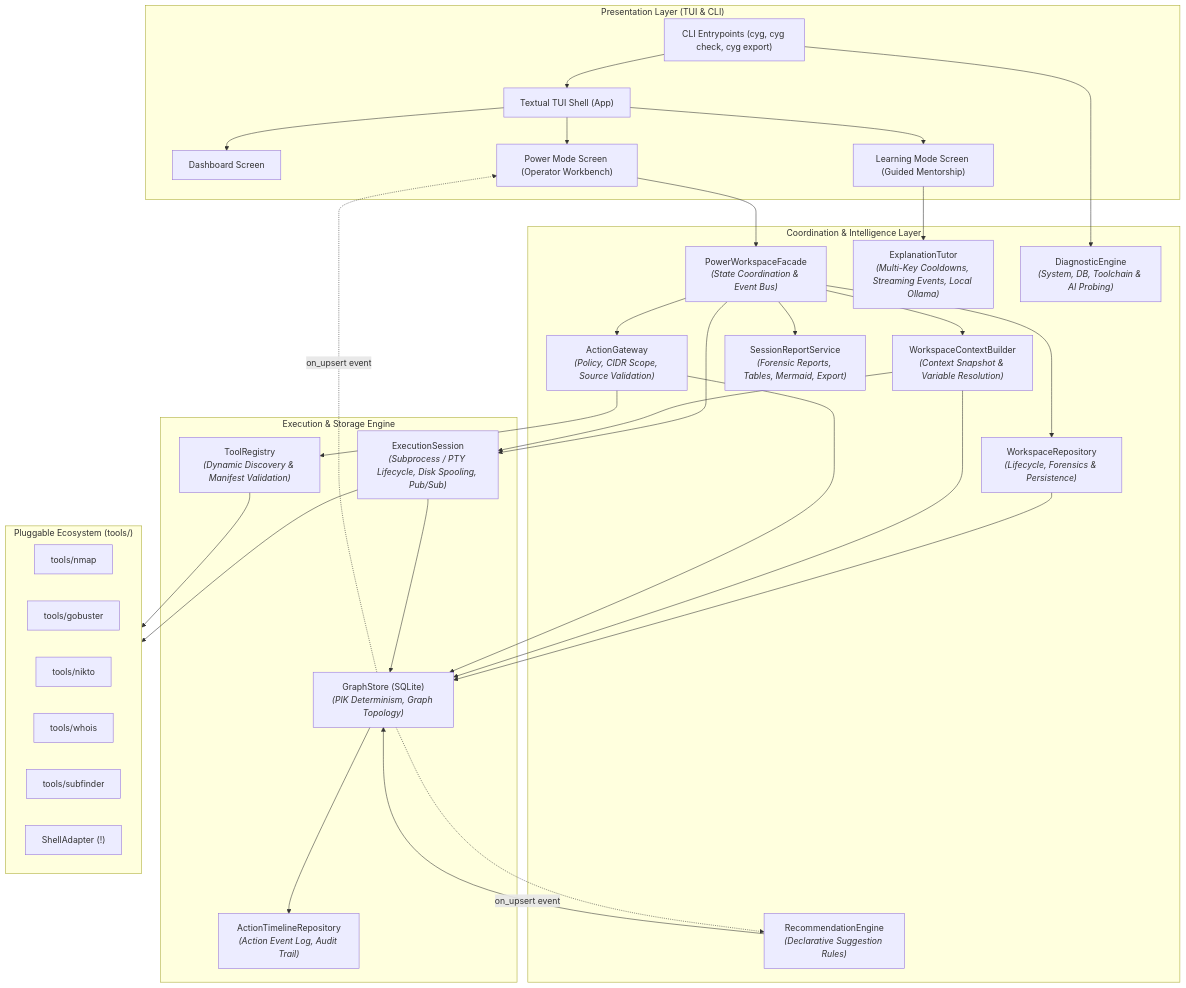
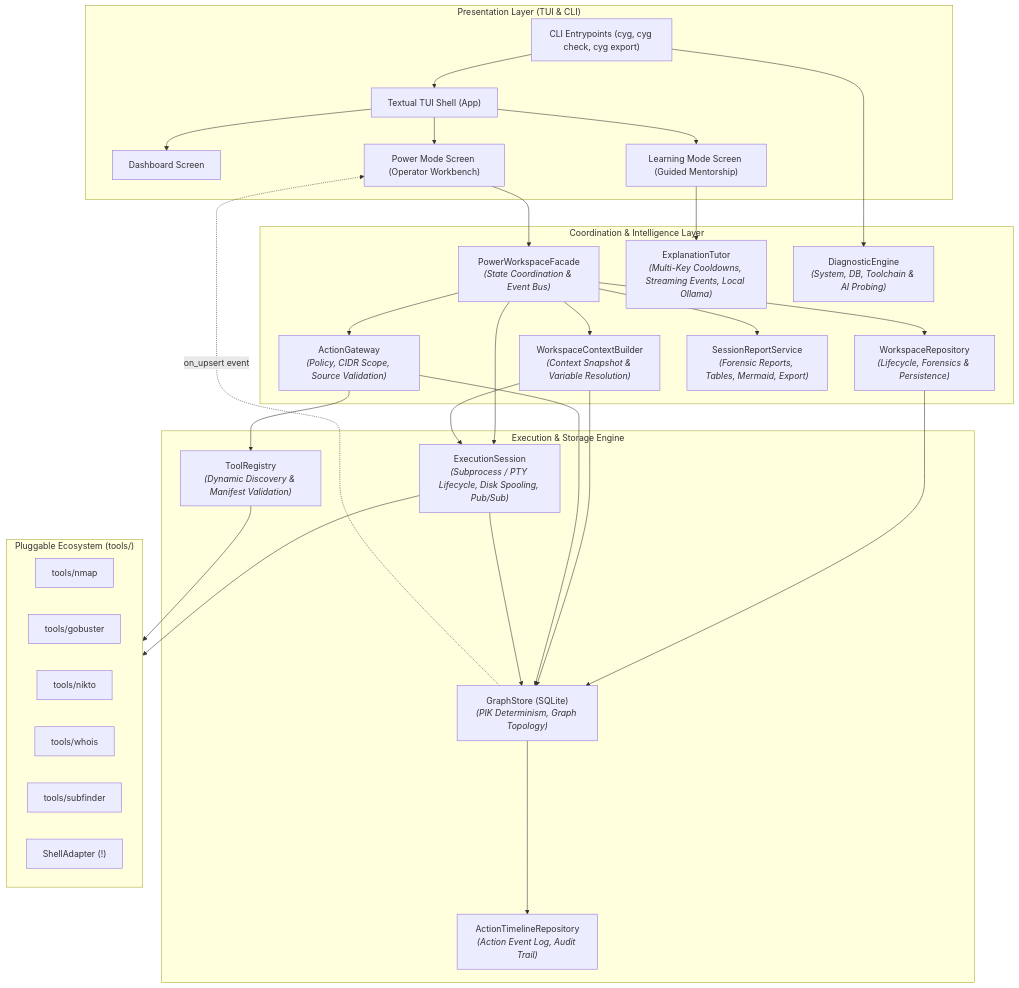
The first of 3 diagrams in docs/developer/ARCHITECTURE.md (h45sh/cyguide), drawn with Mermaid before and after one commit. The commit also changed other lines of this file and 17 other files, not shown here.

Commit message:
refactor(engine): completely remove decommissioned recommendation engine and clean up tests

````diff
--- a/docs/developer/ARCHITECTURE.md
+++ b/docs/developer/ARCHITECTURE.md
@@ -45,66 +45,63 @@
 ```mermaid
 graph TB
     subgraph PresentationLayer["Presentation Layer (TUI & CLI)"]
         CLI["CLI Entrypoints (cyg, cyg check, cyg export)"]
         TUI["Textual TUI Shell (App)"]
         DashScreen["Dashboard Screen"]
         PowerScreen["Power Mode Screen (Operator Workbench)"]
         LearnScreen["Learning Mode Screen (Guided Mentorship)"]
     end
 
     subgraph CoordinationLayer["Coordination & Intelligence Layer"]
         Facade["PowerWorkspaceFacade<br><i>(State Coordination & Event Bus)</i>"]
         Context["WorkspaceContextBuilder<br><i>(Context Snapshot & Variable Resolution)</i>"]
         Workspaces["WorkspaceRepository<br><i>(Lifecycle, Forensics & Persistence)</i>"]
         Gateway["ActionGateway<br><i>(Policy, CIDR Scope, Source Validation)</i>"]
-        RecEngine["RecommendationEngine<br><i>(Declarative Suggestion Rules)</i>"]
         Tutor["ExplanationTutor<br><i>(Multi-Key Cooldowns, Streaming Events, Local Ollama)</i>"]
         Diag["DiagnosticEngine<br><i>(System, DB, Toolchain & AI Probing)</i>"]
         Report["SessionReportService<br><i>(Forensic Reports, Tables, Mermaid, Export)</i>"]
     end
 
     subgraph CoreEngine["Execution & Storage Engine"]
         ExecSession["ExecutionSession<br><i>(Subprocess / PTY Lifecycle, Disk Spooling, Pub/Sub)</i>"]
         Store["GraphStore (SQLite)<br><i>(PIK Determinism, Graph Topology)</i>"]
         Timeline["ActionTimelineRepository<br><i>(Action Event Log, Audit Trail)</i>"]
         Registry["ToolRegistry<br><i>(Dynamic Discovery & Manifest Validation)</i>"]
     end
 
     subgraph PluginLayer["Pluggable Ecosystem (tools/)"]
         Nmap["tools/nmap"]
         Gobuster["tools/gobuster"]
         Nikto["tools/nikto"]
         Whois["tools/whois"]
         Subfinder["tools/subfinder"]
         Shell["ShellAdapter (!)"]
     end
 
     CLI --> TUI
     TUI --> DashScreen
     TUI --> PowerScreen
     TUI --> LearnScreen
 
     PowerScreen --> Facade
     LearnScreen --> Tutor
     CLI --> Diag
 
     Facade --> Gateway
     Facade --> Context
     Facade --> Workspaces
     Facade --> Report
     Facade --> ExecSession
     Workspaces --> Store
     Store --> Timeline
     Context --> Store
     Context --> ExecSession
 
     Gateway --> Registry
     Gateway --> Store
-    RecEngine --> Store
-    Store -.->|on_upsert event| RecEngine
     Store -.->|on_upsert event| PowerScreen
 
     ExecSession --> PluginLayer
     Registry --> PluginLayer
     ExecSession --> Store
 ```
````
